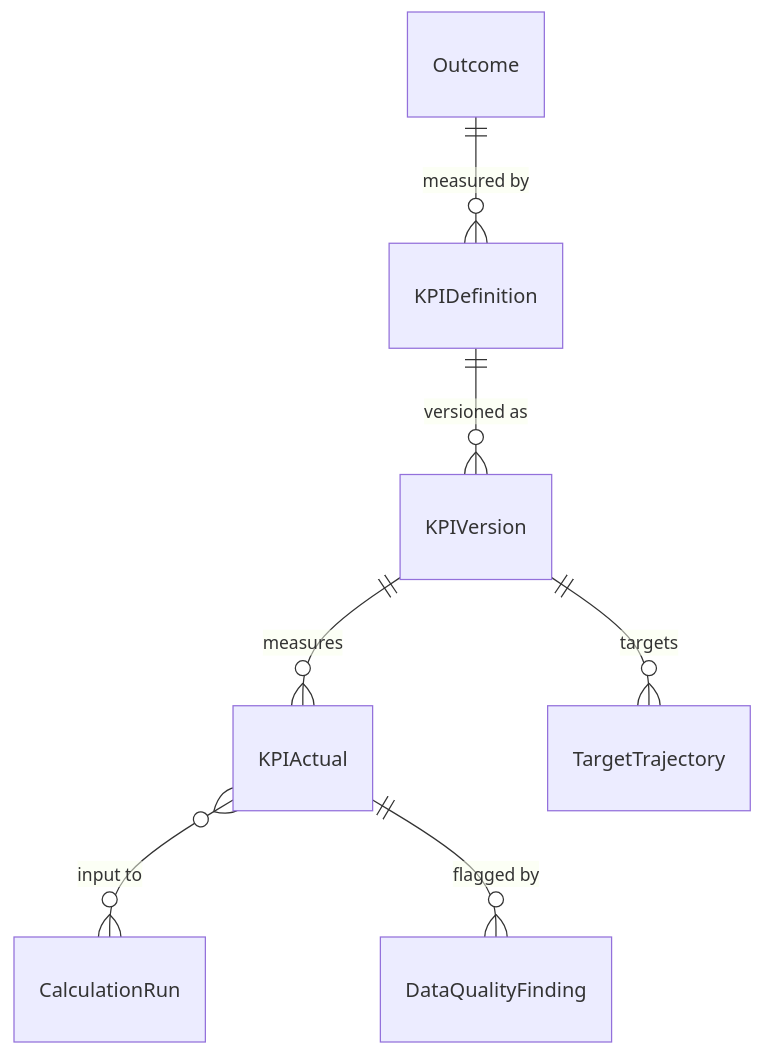
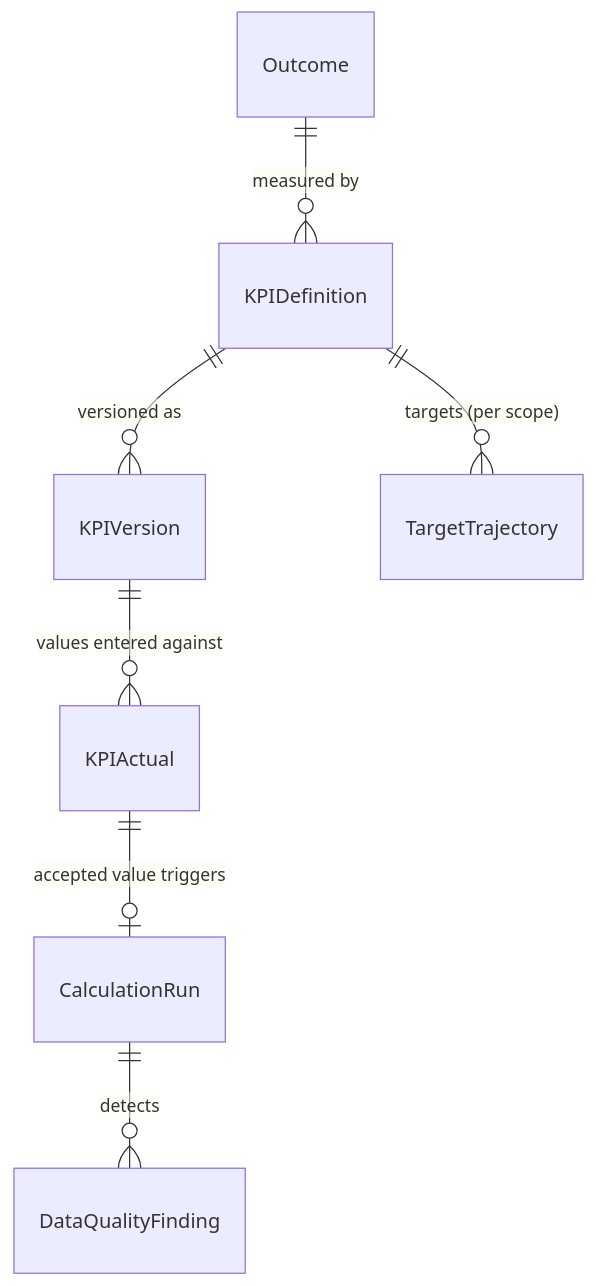
Diagram 20 of 28 in docs/architecture/erd.md (ghanemn94-rgb/My-owns), drawn with Mermaid before and after one commit. The commit also changed other lines of this file and 53 other files, not shown here.

````diff
--- a/docs/architecture/erd.md
+++ b/docs/architecture/erd.md
@@ -1235,9 +1290,9 @@
 ```mermaid
 erDiagram
     KPIDefinition ||--o{ KPIVersion : "versioned as"
-    KPIVersion ||--o{ KPIActual : measures
-    KPIVersion ||--o{ TargetTrajectory : targets
-    KPIActual }o--o{ CalculationRun : "input to"
-    KPIActual ||--o{ DataQualityFinding : "flagged by"
+    KPIVersion ||--o{ KPIActual : "values entered against"
+    KPIDefinition ||--o{ TargetTrajectory : "targets (per scope)"
+    KPIActual ||--o| CalculationRun : "accepted value triggers"
+    CalculationRun ||--o{ DataQualityFinding : detects
     Outcome ||--o{ KPIDefinition : "measured by"
 ```
````
